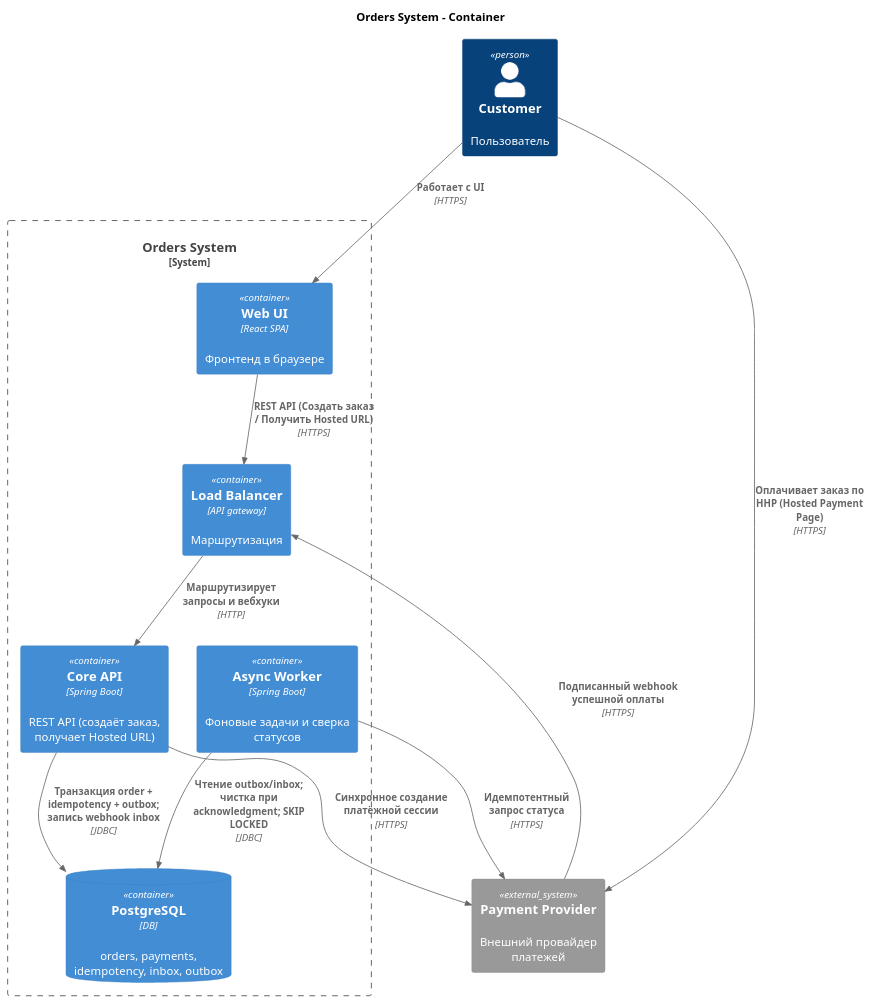
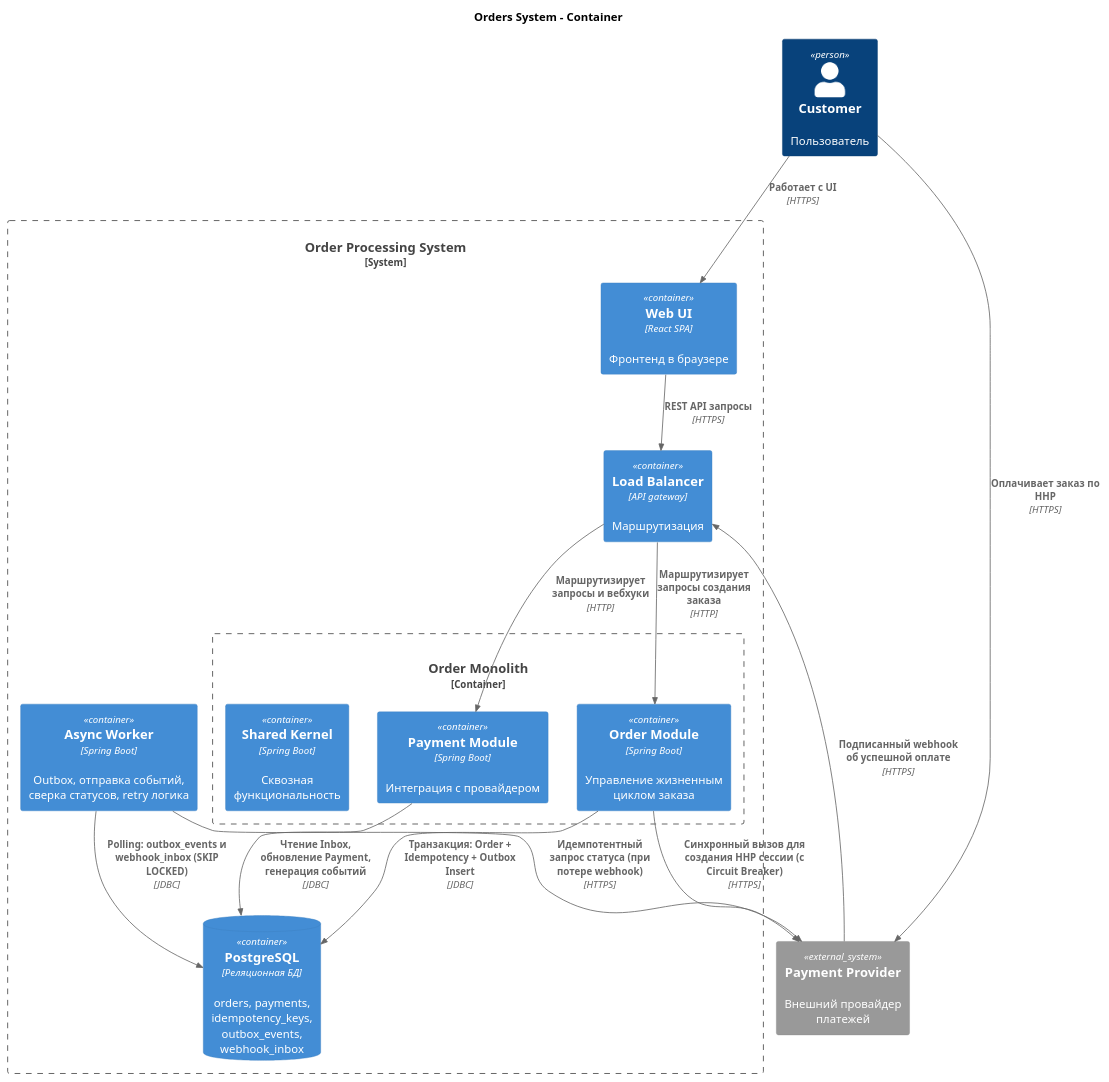
Before and after one commit to Adsimka/order-system-architecture: the diagram in docs/diagrams/c4/container/orders-container.puml, drawn with PlantUML. The commit also changed 2 other files, not shown here.

Commit message:
fix c4 diagrams

```diff
--- a/docs/diagrams/c4/container/orders-container.puml
+++ b/docs/diagrams/c4/container/orders-container.puml
@@ -1,28 +1,34 @@
 @startuml
 
 !include https://raw.githubusercontent.com/plantuml-stdlib/C4-PlantUML/master/C4_Container.puml
 
 title Orders System - Container
 
 Person(customer, "Customer", "Пользователь")
 
 System_Ext(paymentProvider, "Payment Provider", "Внешний провайдер платежей")
-System_Boundary(s1, "Orders System") {
-  Container(ui, "Web UI", "React SPA", "Фронтенд в браузере")
-  Container(edge, "Load Balancer", "API gateway", "Маршрутизация")
-  Container(api, "Core API", "Spring Boot", "REST API (создаёт заказ, получает Hosted URL)")
-  Container(worker, "Async Worker", "Spring Boot", "Фоновые задачи и сверка статусов")
-  ContainerDb(db, "PostgreSQL", "DB", "orders, payments, idempotency, inbox, outbox")
+System_Boundary(systemBoundary, "Order Processing System") {
+    Container(ui, "Web UI", "React SPA", "Фронтенд в браузере")
+    Container(edge, "Load Balancer", "API gateway", "Маршрутизация")
+    Container_Boundary(monolith, "Order Monolith", "Модульный монолит") {
+        Container(orderModule, "Order Module", "Spring Boot", "Управление жизненным циклом заказа")
+        Container(paymentModule, "Payment Module", "Spring Boot", "Интеграция с провайдером")
+        Container(sharedKernel, "Shared Kernel", "Spring Boot", "Сквозная функциональность")
+    }
+    ContainerDb(db, "PostgreSQL", "Реляционная БД", "orders, payments, idempotency_keys, outbox_events, webhook_inbox")
+    Container(worker, "Async Worker", "Spring Boot", "Outbox, отправка событий, сверка статусов, retry логика")
 }
 
 Rel(customer, ui, "Работает c UI", "HTTPS")
-Rel(ui, edge, "REST API (Создать заказ / Получить Hosted URL)", "HTTPS")
-Rel(edge, api, "Маршрутизирует запросы и вебхуки", "HTTP")
-Rel(api, paymentProvider, "Синхронное создание платёжной сессии", "HTTPS")
-Rel(api, db, "Транзакция order + idempotency + outbox; запись webhook inbox", "JDBC")
-Rel(paymentProvider, edge, "Подписанный webhook успешной оплаты", "HTTPS")
-Rel(customer, paymentProvider, "Оплачивает заказ по HHP (Hosted Payment Page)", "HTTPS")
-Rel(worker, db, "Чтение outbox/inbox; чистка при acknowledgment; SKIP LOCKED", "JDBC")
-Rel(worker, paymentProvider, "Идемпотентный запрос статуса", "HTTPS")
+Rel(ui, edge, "REST API запросы", "HTTPS")
+Rel(edge, orderModule, "Маршрутизирует запросы создания заказа", "HTTP")
+Rel(edge, paymentModule, "Маршрутизирует запросы и вебхуки", "HTTP")
+Rel(orderModule, db, "Транзакция: Order + Idempotency + Outbox Insert", "JDBC")
+Rel(orderModule, paymentProvider, "Синхронный вызов для создания HHP сессии (с Circuit Breaker)", "HTTPS")
+Rel(paymentProvider, edge, "Подписанный webhook об успешной оплате", "HTTPS")
+Rel(customer, paymentProvider, "Оплачивает заказ по HHP", "HTTPS")
+Rel(paymentModule, db, "Чтение Inbox, обновление Payment, генерация событий", "JDBC")
+Rel(worker, db, "Polling: outbox_events и webhook_inbox (SKIP LOCKED)", "JDBC")
+Rel(worker, paymentProvider, "Идемпотентный запрос статуса (при потере webhook)", "HTTPS")
 
 @enduml
```
